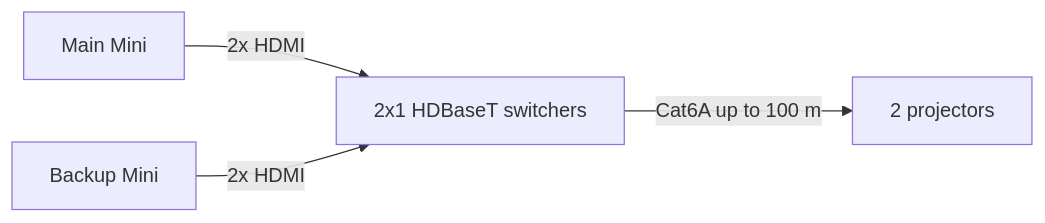
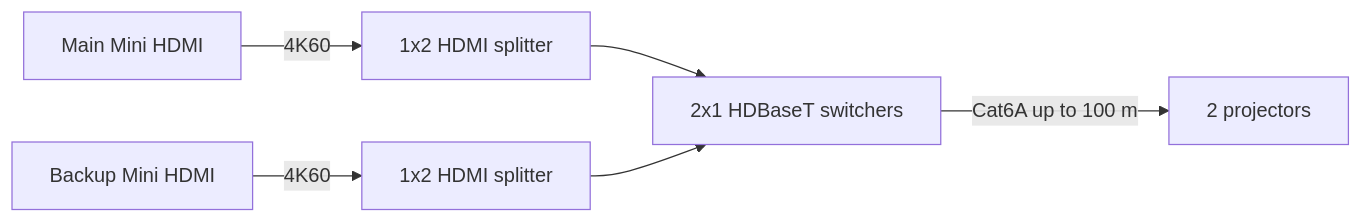
Before and after one commit to kemckai/efc-playback-rig: the diagram in docs/video-projectors.md, drawn with Mermaid. The commit also changed other lines of this file and 8 other files, not shown here.

````diff
--- a/docs/video-projectors.md
+++ b/docs/video-projectors.md
@@ -26,6 +25,8 @@
 ```mermaid
 flowchart LR
-  MM[Main Mini] -- "2x HDMI" --> VSW[2x1 HDBaseT switchers]
-  BM[Backup Mini] -- "2x HDMI" --> VSW
+  MM[Main Mini HDMI] -- "4K60" --> SPL1[1x2 HDMI splitter]
+  BM[Backup Mini HDMI] -- "4K60" --> SPL2[1x2 HDMI splitter]
+  SPL1 --> VSW[2x1 HDBaseT switchers]
+  SPL2 --> VSW
   VSW -- "Cat6A up to 100 m" --> PROJ[2 projectors]
 ```
````
